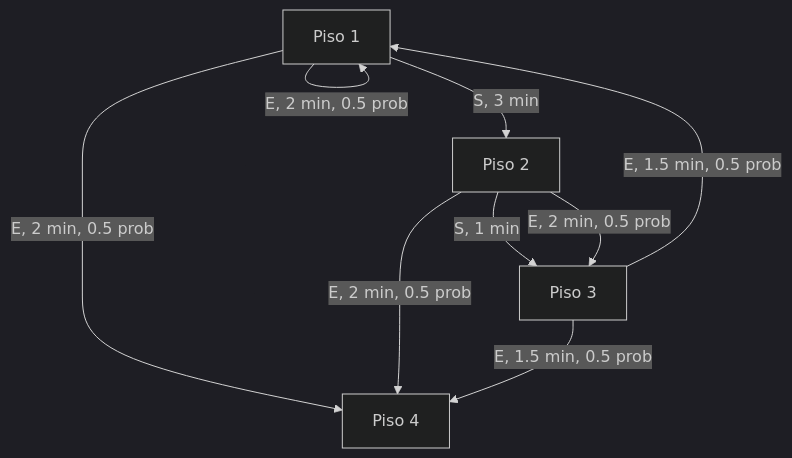
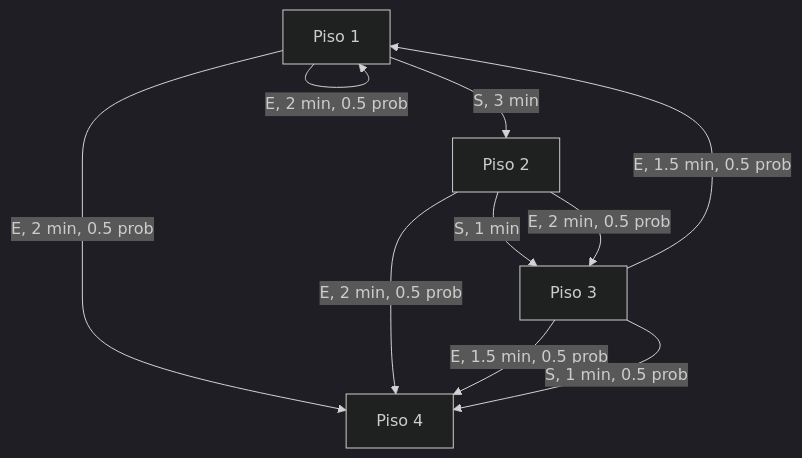
The first of 2 diagrams in Agentes inteligentes/Practico/MDP y Programación dinámica/Escaleras mágicas.md (BRJoaquin/ia-obsidian), drawn with Mermaid (dark theme) before and after one commit. The commit also changed other lines of this file, not shown here.

````diff
--- a/Agentes inteligentes/Practico/MDP y Programación dinámica/Escaleras mágicas.md
+++ b/Agentes inteligentes/Practico/MDP y Programación dinámica/Escaleras mágicas.md
@@ -4,11 +4,12 @@
 ```mermaid
 graph TD
     A[Piso 1] -->|S, 3 min| B[Piso 2]
     A -->|E, 2 min, 0.5 prob| A
     A -->|E, 2 min, 0.5 prob| D[Piso 4]
     B -->|S, 1 min| C[Piso 3]
     B -->|E, 2 min, 0.5 prob| C
     B -->|E, 2 min, 0.5 prob| D
     C -->|E, 1.5 min, 0.5 prob| A
     C -->|E, 1.5 min, 0.5 prob| D
+    C -->|S, 1 min, 0.5 prob| D
 ```
````
